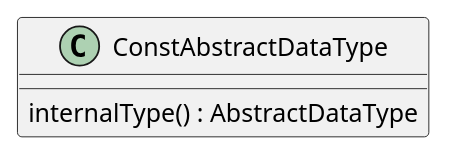
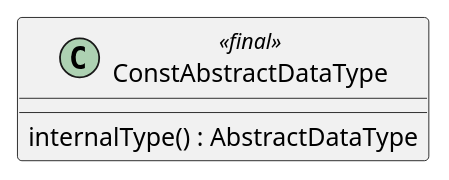
The diagram in type/ConstAbstractDataType.iuml (binaire10/Traducteur-Algo), drawn with PlantUML before and after one commit. The commit also changed 5 other files, not shown here.

Commit message:
update uml

```diff
--- a/type/ConstAbstractDataType.iuml
+++ b/type/ConstAbstractDataType.iuml
@@ -1,3 +1,3 @@
-class ConstAbstractDataType {
+class ConstAbstractDataType<<final>> {
     internalType() : AbstractDataType
 }
```
